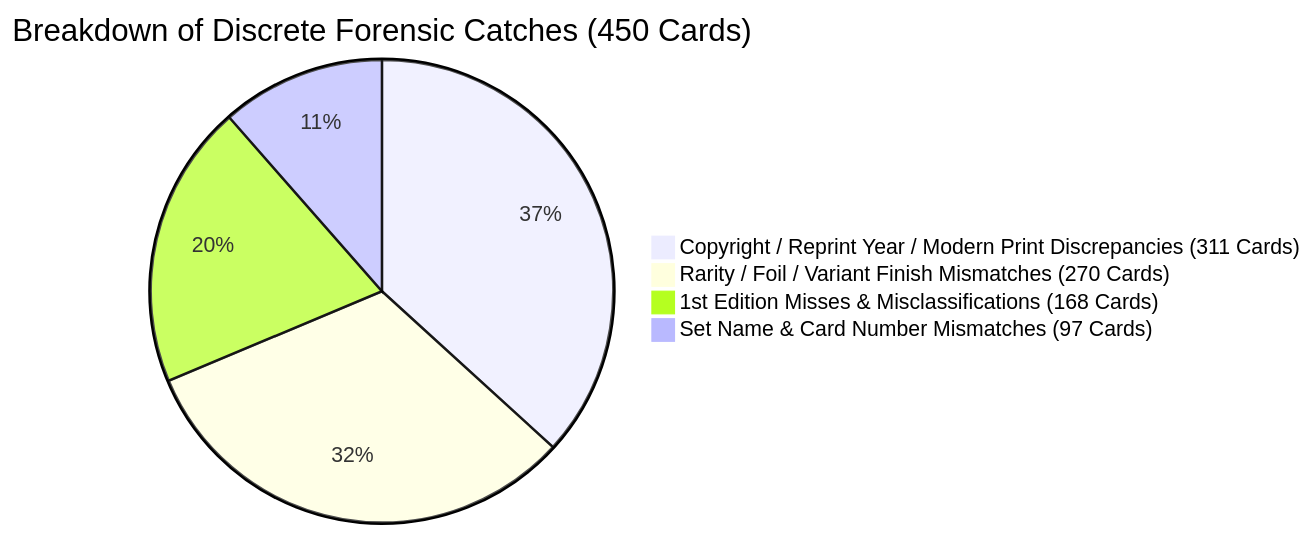
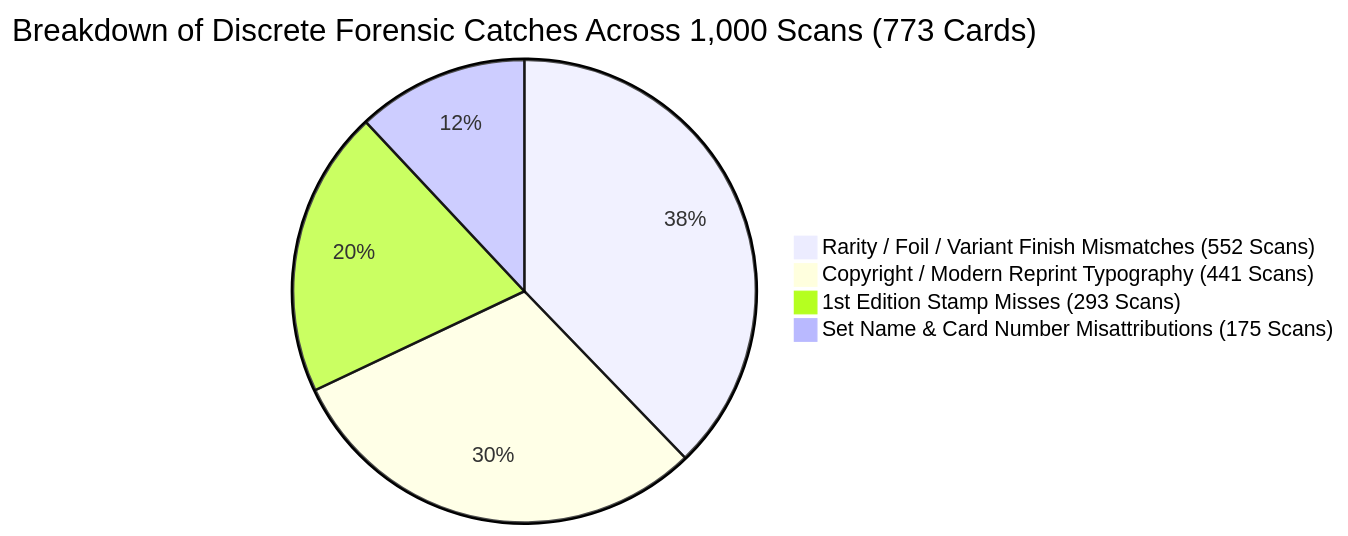
One commit to malceoir/the-prism-pipeline changed the second of 3 diagrams in README.md. Above: the diagram before and after it, drawn with Mermaid. The commit also changed other lines of this file, not shown here.

Commit message:
docs: upgrade to 1,000-scan retail benchmark and add post-audit execution architecture

````diff
--- a/README.md
+++ b/README.md
@@ -264,7 +266,7 @@
 ```mermaid
-pie title Breakdown of Discrete Forensic Catches (450 Cards)
-    "Copyright / Reprint Year / Modern Print Discrepancies (311 Cards)" : 311
-    "Rarity / Foil / Variant Finish Mismatches (270 Cards)" : 270
-    "1st Edition Misses & Misclassifications (168 Cards)" : 168
-    "Set Name & Card Number Mismatches (97 Cards)" : 97
+pie title Breakdown of Discrete Forensic Catches Across 1,000 Scans (773 Cards)
+    "Rarity / Foil / Variant Finish Mismatches (552 Scans)" : 552
+    "Copyright / Modern Reprint Typography (441 Scans)" : 441
+    "1st Edition Stamp Misses (293 Scans)" : 293
+    "Set Name & Card Number Misattributions (175 Scans)" : 175
 ```
````
